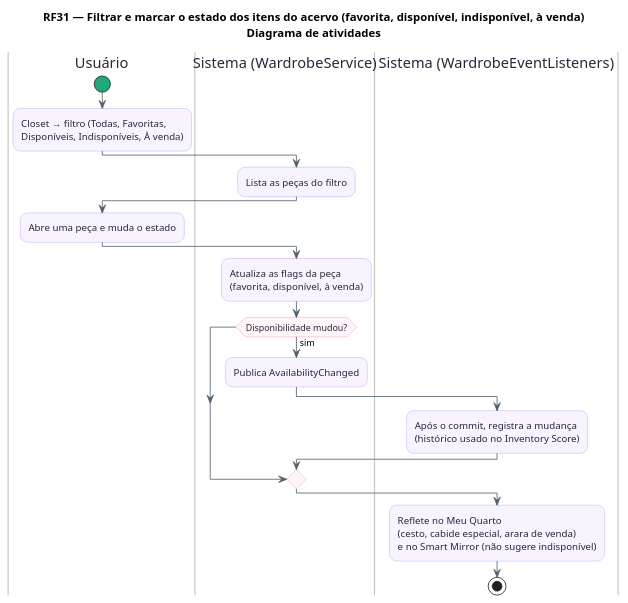
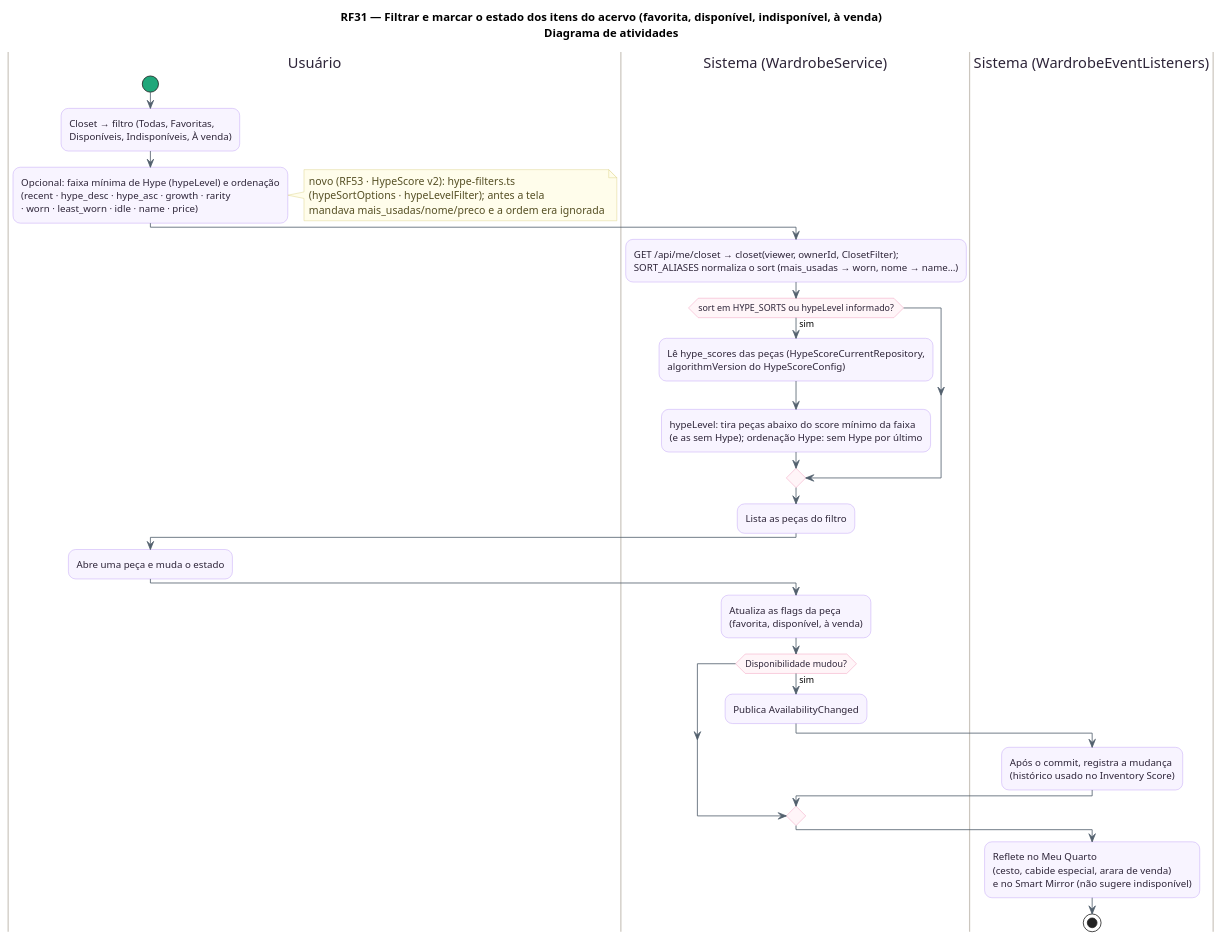
The diagram in docs/diagramas/RF31/RF31-atividades.puml (MatheusHaliski/tcc-2026-fashion-ai-backend), drawn with PlantUML before and after one commit. The commit also changed 72 other files, not shown here.

```diff
--- a/docs/diagramas/RF31/RF31-atividades.puml
+++ b/docs/diagramas/RF31/RF31-atividades.puml
@@ -1,42 +1,53 @@
 @startuml RF31_Atividades
 title RF31 — Filtrar e marcar o estado dos itens do acervo (favorita, disponível, indisponível, à venda)\nDiagrama de atividades
 skinparam backgroundColor #FFFFFF
 skinparam shadowing false
 skinparam roundcorner 18
 skinparam ArrowColor #52606D
 skinparam activity {
   BackgroundColor #F8F4FF
   BorderColor #B695F5
   FontColor #2D2438
   DiamondBackgroundColor #FFF5F8
   DiamondBorderColor #F08DB1
   StartColor #20A77A
   EndColor #4B5563
   BarColor #4B4B4B
 }
 skinparam swimlane {
   BorderColor #CBC6BE
   TitleFontColor #2D2438
 }
 skinparam note {
   BackgroundColor #FFFDEB
   BorderColor #D8CE78
   FontColor #554F24
 }
 |Usuário|
 start
 :Closet → filtro (Todas, Favoritas,\nDisponíveis, Indisponíveis, À venda);
+:Opcional: faixa mínima de Hype (hypeLevel) e ordenação\n(recent · hype_desc · hype_asc · growth · rarity\n· worn · least_worn · idle · name · price);
+note right
+  novo (RF53 · HypeScore v2): hype-filters.ts
+  (hypeSortOptions · hypeLevelFilter); antes a tela
+  mandava mais_usadas/nome/preco e a ordem era ignorada
+end note
 |Sistema (WardrobeService)|
+:GET /api/me/closet → closet(viewer, ownerId, ClosetFilter);\nSORT_ALIASES normaliza o sort (mais_usadas → worn, nome → name…);
+if (sort em HYPE_SORTS ou hypeLevel informado?) then (sim)
+  :Lê hype_scores das peças (HypeScoreCurrentRepository,\nalgorithmVersion do HypeScoreConfig);
+  :hypeLevel: tira peças abaixo do score mínimo da faixa\n(e as sem Hype); ordenação Hype: sem Hype por último;
+endif
 :Lista as peças do filtro;
 |Usuário|
 :Abre uma peça e muda o estado;
 |Sistema (WardrobeService)|
 :Atualiza as flags da peça\n(favorita, disponível, à venda);
 if (Disponibilidade mudou?) then (sim)
   :Publica AvailabilityChanged;
   |Sistema (WardrobeEventListeners)|
   :Após o commit, registra a mudança\n(histórico usado no Inventory Score);
 endif
 :Reflete no Meu Quarto\n(cesto, cabide especial, arara de venda)\ne no Smart Mirror (não sugere indisponível);
 stop
 @enduml
```
